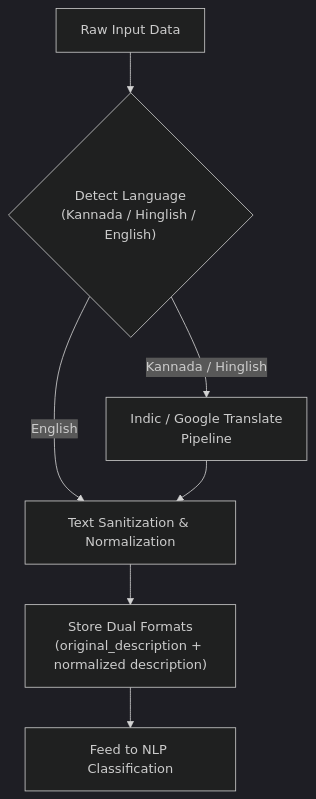
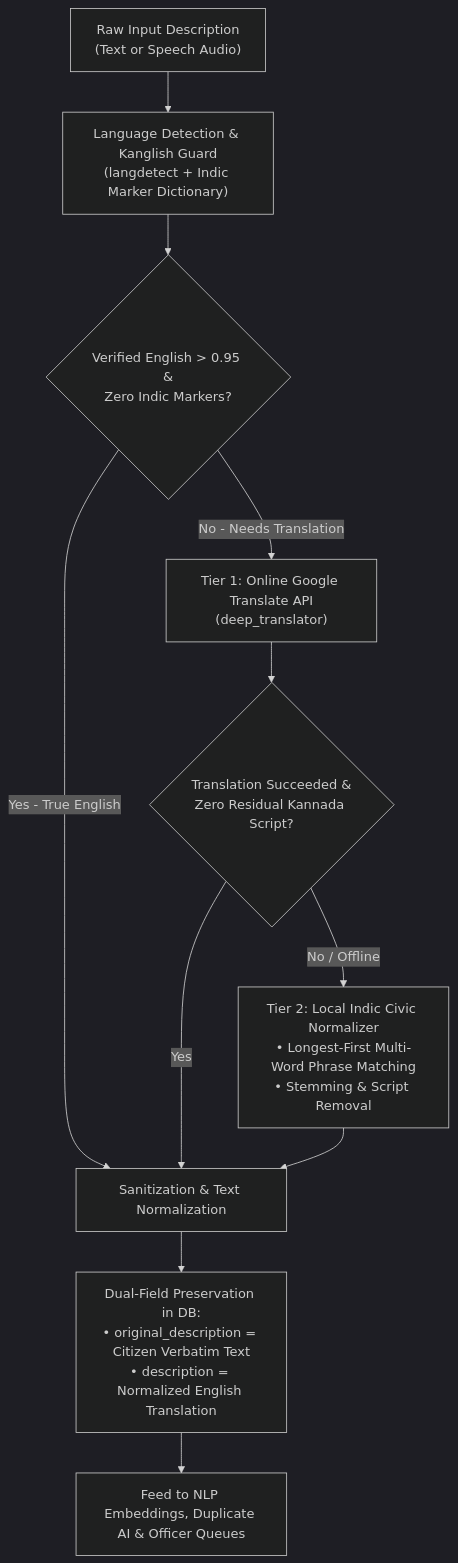
Before and after one commit to SHRUTISINHA250714/civic: the seventh of 18 diagrams in phases.md, drawn with Mermaid (dark theme). The commit also changed other lines of this file and 1 other file, not shown here.

````diff
--- a/phases.md
+++ b/phases.md
@@ -193,9 +199,13 @@
 ```mermaid
 flowchart TD
-    Raw["Raw Input Data"] --> LangCheck{"Detect Language\n(Kannada / Hinglish / English)"}
-    LangCheck -->|Kannada / Hinglish| Trans["Indic / Google Translate\nPipeline"]
-    LangCheck -->|English| Clean["Text Sanitization & Normalization"]
-    Trans --> Clean
-    Clean --> Store["Store Dual Formats\n(original_description + normalized description)"]
-    Store --> Next["Feed to NLP Classification"]
+    Raw["Raw Input Description\n(Text or Speech Audio)"] --> Detect["Language Detection & Kanglish Guard\n(langdetect + Indic Marker Dictionary)"]
+    Detect --> Check{"Verified English > 0.95 &\nZero Indic Markers?"}
+    Check -->|No - Needs Translation| Tier1["Tier 1: Online Google Translate API\n(deep_translator)"]
+    Check -->|Yes - True English| Clean["Sanitization & Text Normalization"]
+    Tier1 --> ScriptCheck{"Translation Succeeded &\nZero Residual Kannada Script?"}
+    ScriptCheck -->|Yes| Clean
+    ScriptCheck -->|No / Offline| Tier2["Tier 2: Local Indic Civic Normalizer\n• Longest-First Multi-Word Phrase Matching\n• Stemming & Script Removal"]
+    Tier2 --> Clean
+    Clean --> DualStore["Dual-Field Preservation in DB:\n• original_description = Citizen Verbatim Text\n• description = Normalized English Translation"]
+    DualStore --> Downstream["Feed to NLP Embeddings, Duplicate AI & Officer Queues"]
 ```
````
